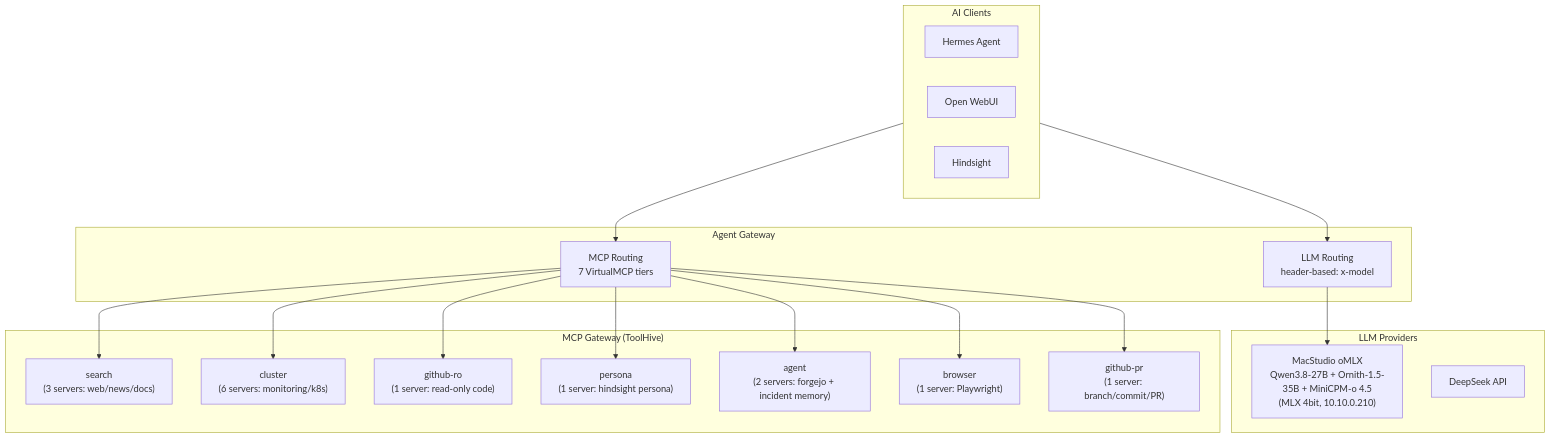
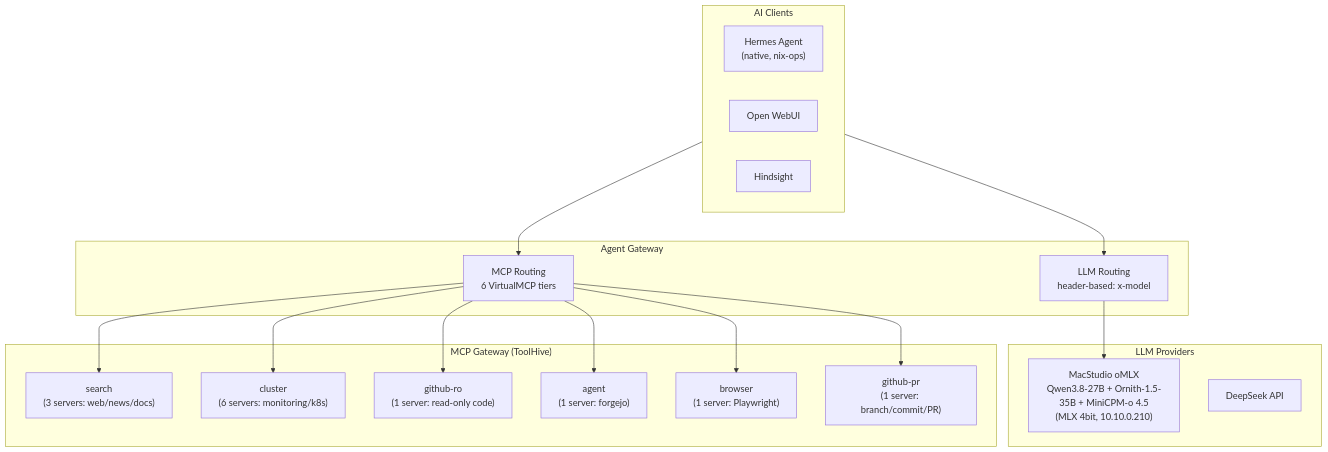
The diagram in docs/application/ai.md (soulwhisper/home-ops), drawn with Mermaid before and after one commit. The commit also changed other lines of this file and 60 other files, not shown here.

First line of the commit message:
feat: move hindsight to the NAS, retire its MCP tier and the in-cluster Hermes (#4634)

````diff
--- a/docs/application/ai.md
+++ b/docs/application/ai.md
@@ -8,40 +8,37 @@
 ```mermaid
 flowchart TB
     subgraph Clients["AI Clients"]
-        Hermes["Hermes Agent"]
+        Hermes["Hermes Agent<br/>(native, nix-ops)"]
         OWUI["Open WebUI"]
         HS["Hindsight"]
     end
 
     subgraph Gateway["Agent Gateway"]
         AG-LLM["LLM Routing<br/>header-based: x-model"]
-        AG-MCP["MCP Routing<br/>7 VirtualMCP tiers"]
+        AG-MCP["MCP Routing<br/>6 VirtualMCP tiers"]
     end
 
     subgraph LLM["LLM Providers"]
         Studio["MacStudio oMLX<br/>Qwen3.8-27B + Ornith-1.5-35B + MiniCPM-o 4.5<br/>(MLX 4bit, 10.10.0.210)"]
         External["DeepSeek API"]
     end
 
     subgraph MCP["MCP Gateway (ToolHive)"]
         VMCP-SEARCH["search<br/>(3 servers: web/news/docs)"]
         VMCP-CLUSTER["cluster<br/>(6 servers: monitoring/k8s)"]
         VMCP-GITHUBRO["github-ro<br/>(1 server: read-only code)"]
-        VMCP-HOME["persona<br/>(1 server: hindsight persona)"]
-
-        VMCP-AGENT["agent<br/>(2 servers: forgejo + incident memory)"]
+        VMCP-AGENT["agent<br/>(1 server: forgejo)"]
         VMCP-BROWSER["browser<br/>(1 server: Playwright)"]
         VMCP-GITHUBPR["github-pr<br/>(1 server: branch/commit/PR)"]
     end
 
     Clients --> AG-LLM
     Clients --> AG-MCP
     AG-LLM --> Studio
     AG-MCP --> VMCP-SEARCH
     AG-MCP --> VMCP-CLUSTER
     AG-MCP --> VMCP-GITHUBRO
-    AG-MCP --> VMCP-HOME
     AG-MCP --> VMCP-AGENT
     AG-MCP --> VMCP-BROWSER
     AG-MCP --> VMCP-GITHUBPR
 ```
````
